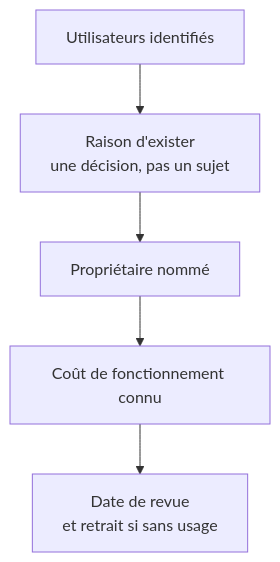
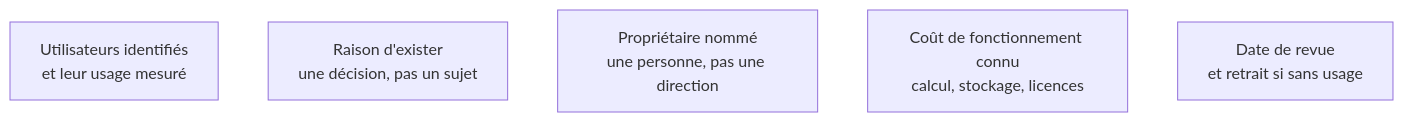
One commit to floSa/Atlas-Metiers-Roadmaps changed the diagram in content/parcours/bi-analyst/restitution/le-tableau-de-bord-comme-produit.md. Above: the diagram before and after it, drawn with Mermaid.

Commit message:
Tableau de bord comme produit : les cinq attributs deviennent une carte cliquable

````diff
--- a/content/parcours/bi-analyst/restitution/le-tableau-de-bord-comme-produit.md
+++ b/content/parcours/bi-analyst/restitution/le-tableau-de-bord-comme-produit.md
@@ -7,7 +7,14 @@
 ```mermaid
 flowchart TD
-  U["Utilisateurs identifiés"] --> R["Raison d'exister<br/>une décision, pas un sujet"]
-  R --> P["Propriétaire nommé"]
-  P --> C["Coût de fonctionnement connu"]
-  C --> D["Date de revue<br/>et retrait si sans usage"]
+  U["Utilisateurs identifiés<br/>et leur usage mesuré"]
+  R["Raison d'exister<br/>une décision, pas un sujet"]
+  P["Propriétaire nommé<br/>une personne, pas une direction"]
+  C["Coût de fonctionnement connu<br/>calcul, stockage, licences"]
+  D["Date de revue<br/>et retrait si sans usage"]
+
+  click U "/notions/mesure-d-usage-produit"
+  click R "/notions/cadrage-besoin"
+  click P "/notions/gouvernance-ia"
+  click C "/parcours/bi-analyst/entrepot-et-architecture/le-cout-de-la-plateforme"
+  click D "/parcours/bi-analyst/restitution/instrumenter-et-retirer"
 ```
````
